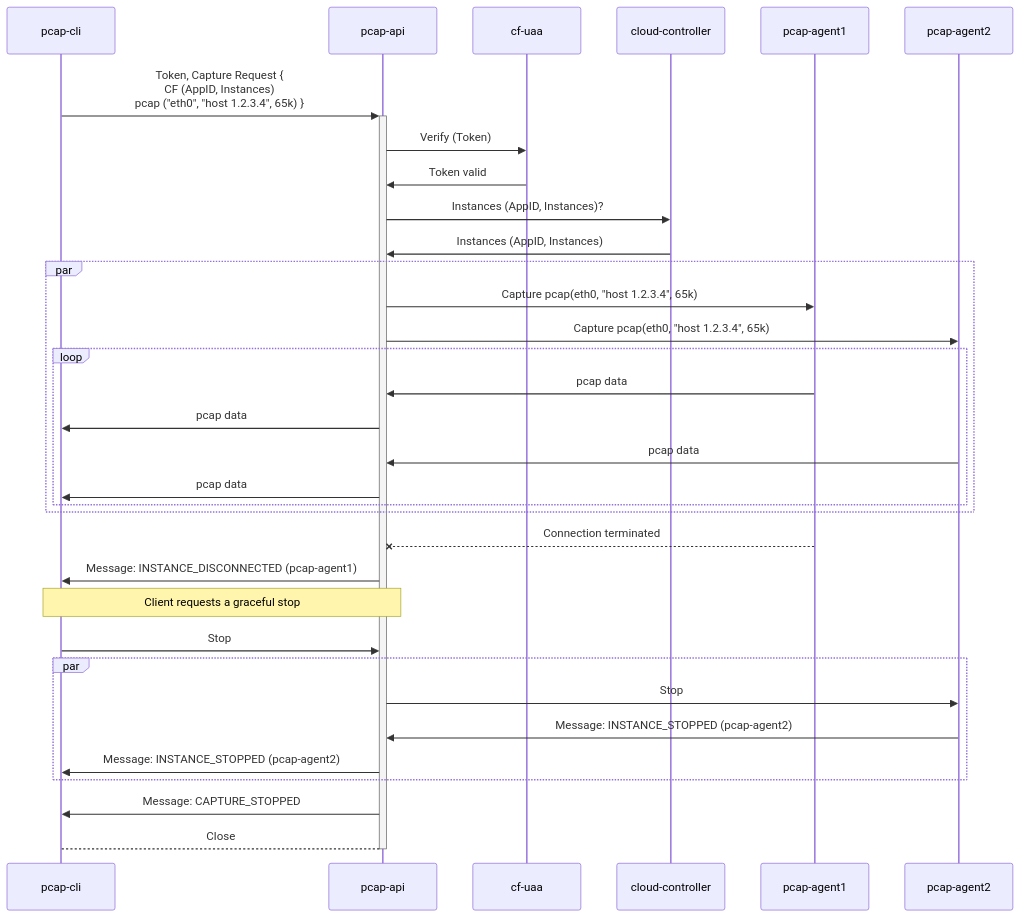
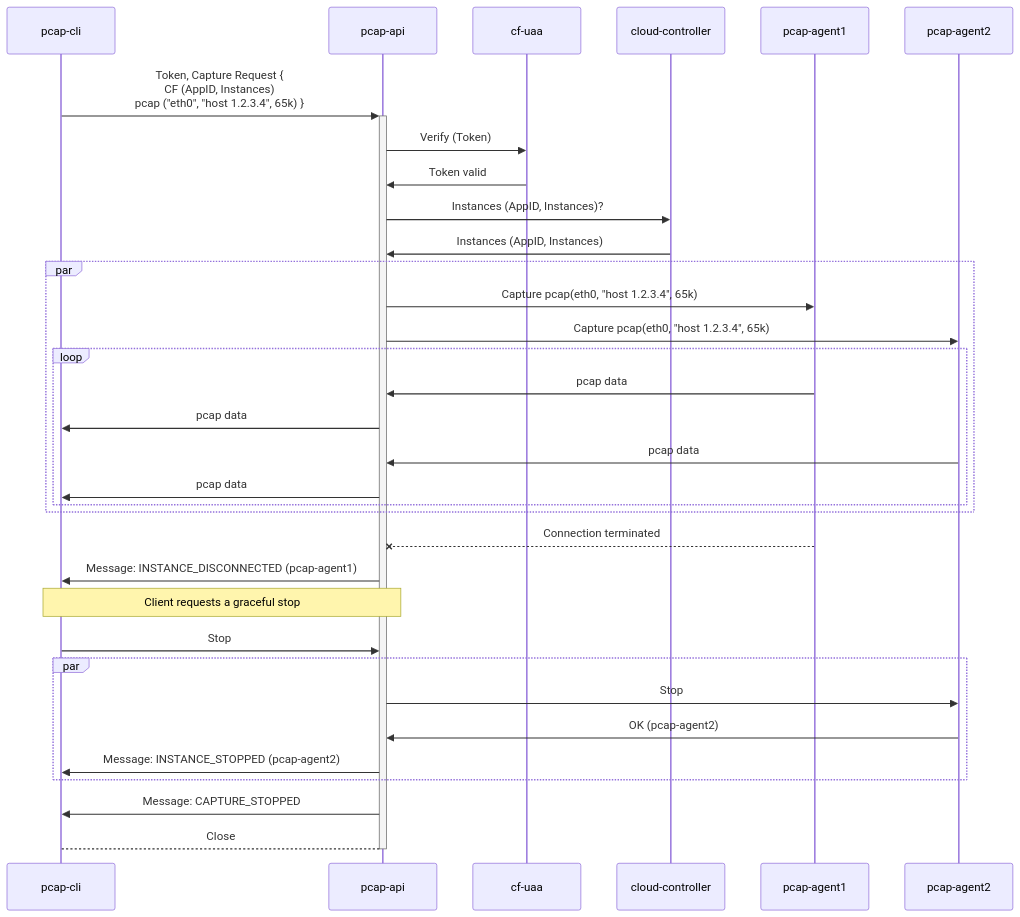
One commit to cloudfoundry/pcap-release changed the ninth of 26 diagrams in docs/api-communication-spec.md. Above: the diagram before and after it, drawn with Mermaid. The commit also changed other lines of this file, not shown here.

Commit message:
docs(api): Address review comments / termination states

````diff
--- a/docs/api-communication-spec.md
+++ b/docs/api-communication-spec.md
@@ -513,30 +518,30 @@
 ```mermaid
 sequenceDiagram
     pcap-cli ->>+ pcap-api: Token, Capture Request {<br/>CF (AppID, Instances)<br/>pcap ("eth0", "host 1.2.3.4", 65k) }
     pcap-api ->> cf-uaa: Verify (Token)
     cf-uaa ->> pcap-api: Token valid
     pcap-api ->> cloud-controller: Instances (AppID, Instances)?
     cloud-controller ->> pcap-api: Instances (AppID, Instances)
     par
         pcap-api ->> pcap-agent1: Capture pcap(eth0, "host 1.2.3.4", 65k)
         pcap-api ->> pcap-agent2: Capture pcap(eth0, "host 1.2.3.4", 65k)
         loop
             pcap-agent1 ->> pcap-api: pcap data
             pcap-api ->> pcap-cli: pcap data
             pcap-agent2 ->> pcap-api: pcap data
             pcap-api ->> pcap-cli: pcap data
         end
     end
     pcap-agent1 --X pcap-api: Connection terminated
     pcap-api ->> pcap-cli: Message: INSTANCE_DISCONNECTED (pcap-agent1)
     note over pcap-cli, pcap-api: Client requests a graceful stop
     pcap-cli ->> pcap-api: Stop
     par
         pcap-api ->> pcap-agent2: Stop
-        pcap-agent2 ->> pcap-api: Message: INSTANCE_STOPPED (pcap-agent2)
+        pcap-agent2 ->> pcap-api: OK (pcap-agent2)
         pcap-api ->> pcap-cli: Message: INSTANCE_STOPPED (pcap-agent2)
     end
 
     pcap-api ->> pcap-cli: Message: CAPTURE_STOPPED
     pcap-api -->- pcap-cli: Close
 ```
````
